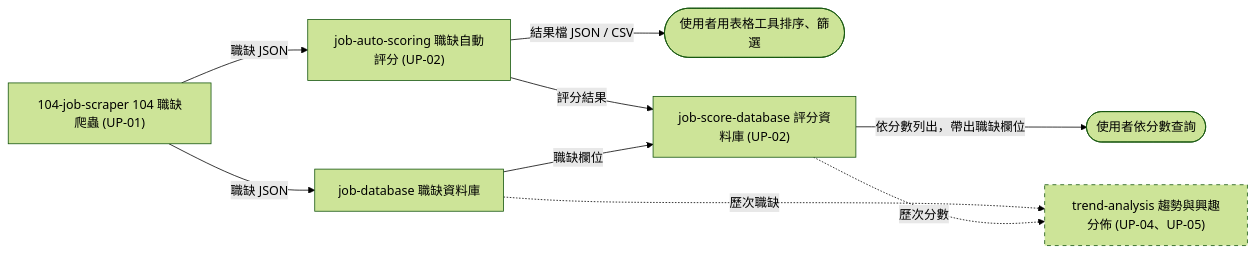
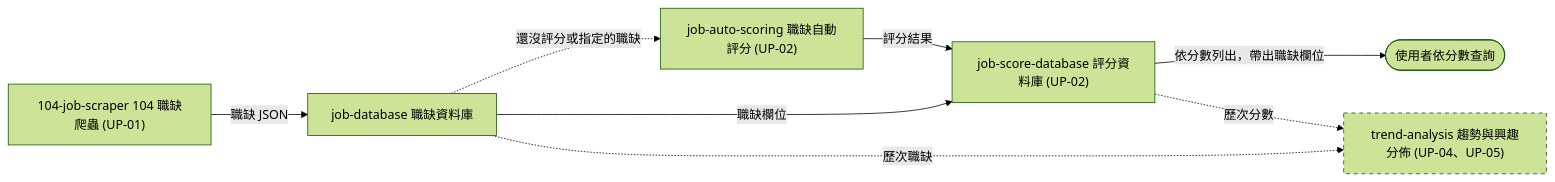
Before and after one commit to dlhdb/job-matching: the first of 2 diagrams in docs/product/overview.md, drawn with Mermaid (forest theme). The commit also changed other lines of this file and 8 other files, not shown here.

````diff
--- a/docs/product/overview.md
+++ b/docs/product/overview.md
@@ -61,14 +61,13 @@
 ```mermaid
 flowchart LR
     scraper["104-job-scraper 104 職缺爬蟲 (UP-01)"] -->|職缺 JSON| db["job-database 職缺資料庫"]
-    scraper -->|職缺 JSON| scoring["job-auto-scoring 職缺自動評分 (UP-02)"]
-    scoring -->|結果檔 JSON / CSV| U(["使用者用表格工具排序、篩選"])
+    db -.->|還沒評分或指定的職缺| scoring["job-auto-scoring 職缺自動評分 (UP-02)"]
     scoring -->|評分結果| scoredb["job-score-database 評分資料庫 (UP-02)"]
     scoredb -->|依分數列出，帶出職缺欄位| U2(["使用者依分數查詢"])
     db -->|職缺欄位| scoredb
     db -.->|歷次職缺| trend["trend-analysis 趨勢與興趣分佈 (UP-04、UP-05)"]
     scoredb -.->|歷次分數| trend
 
     classDef planned stroke-dasharray: 5 5
     class trend planned
 ```
````
